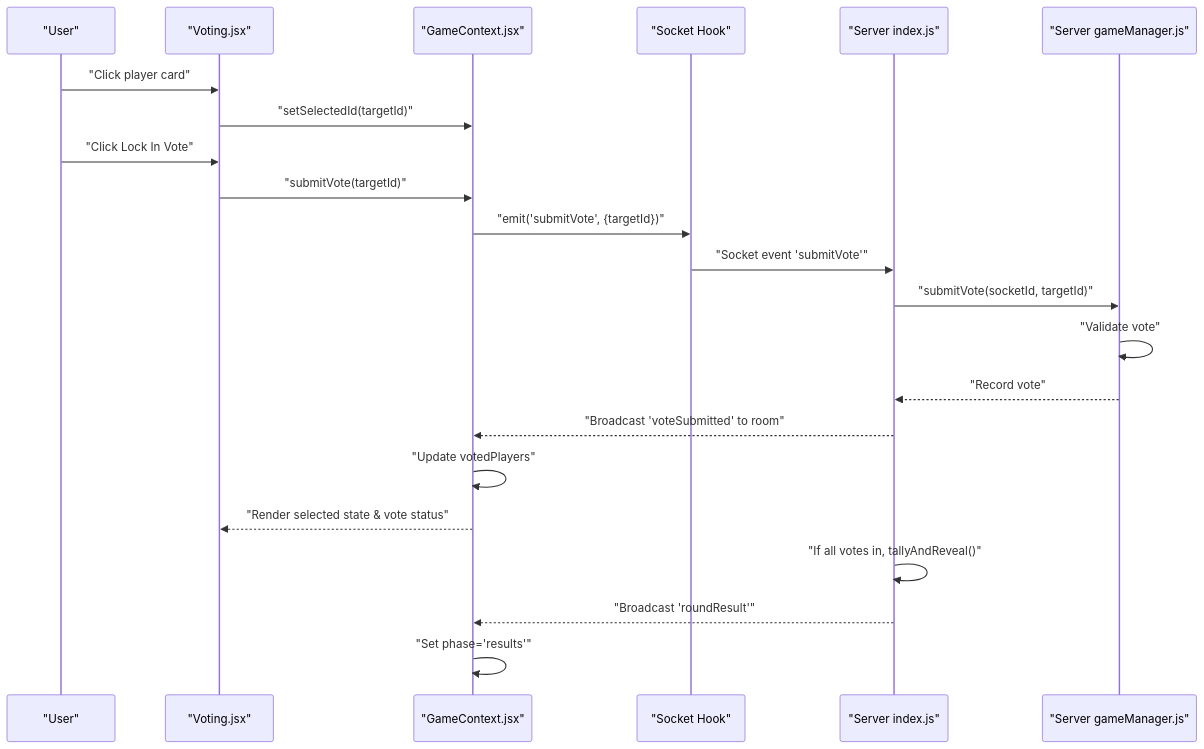
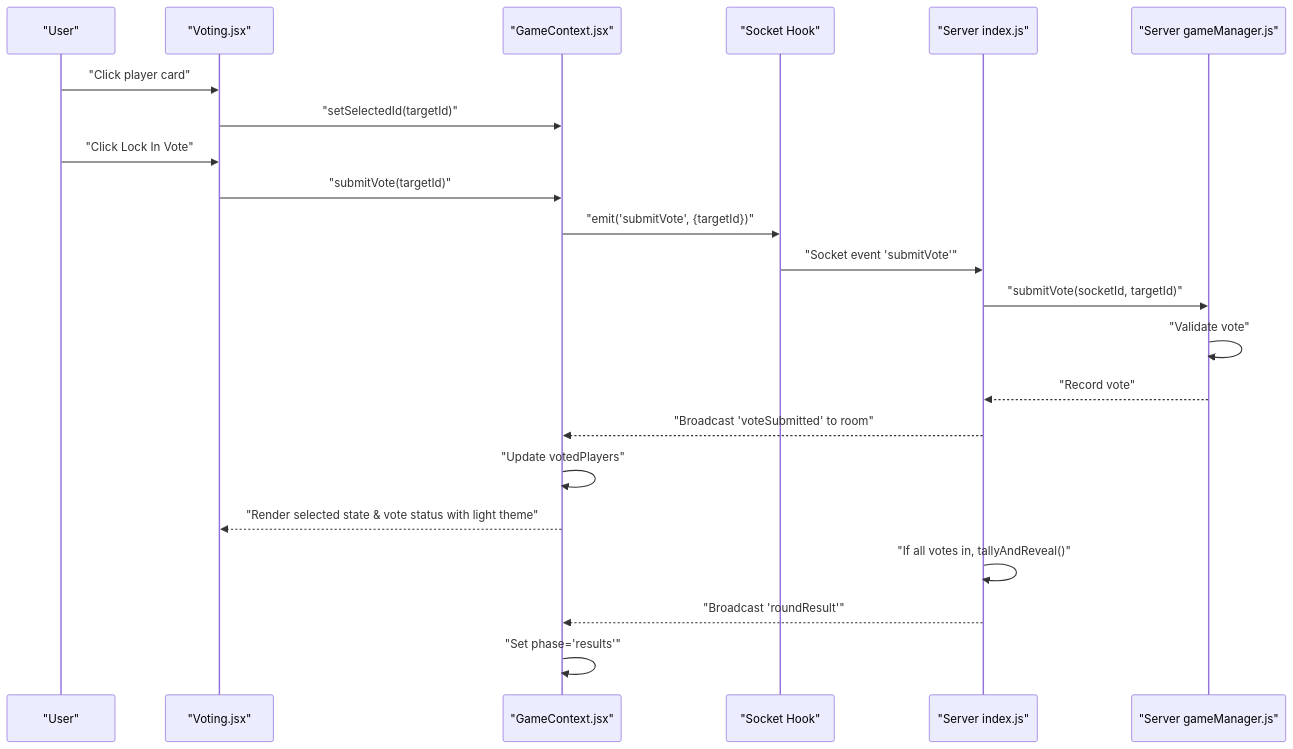
Before and after one commit to sparshgupta001/imposter_game: the second of 3 diagrams in .qoder/repowiki/en/content/Game Screens and UI Components/Voting Screen.md, drawn with Mermaid. The commit also changed other lines of this file and 22 other files, not shown here.

````diff
--- a/.qoder/repowiki/en/content/Game Screens and UI Components/Voting Screen.md
+++ b/.qoder/repowiki/en/content/Game Screens and UI Components/Voting Screen.md
@@ -100,24 +108,24 @@
 ```mermaid
 sequenceDiagram
 participant U as "User"
 participant VC as "Voting.jsx"
 participant GC as "GameContext.jsx"
 participant S as "Socket Hook"
 participant SV as "Server index.js"
 participant GM as "Server gameManager.js"
 U->>VC : "Click player card"
 VC->>GC : "setSelectedId(targetId)"
 U->>VC : "Click Lock In Vote"
 VC->>GC : "submitVote(targetId)"
 GC->>S : "emit('submitVote', {targetId})"
 S->>SV : "Socket event 'submitVote'"
 SV->>GM : "submitVote(socketId, targetId)"
 GM->>GM : "Validate vote"
 GM-->>SV : "Record vote"
 SV-->>GC : "Broadcast 'voteSubmitted' to room"
 GC->>GC : "Update votedPlayers"
-GC-->>VC : "Render selected state & vote status"
+GC-->>VC : "Render selected state & vote status with light theme"
 SV->>SV : "If all votes in, tallyAndReveal()"
 SV-->>GC : "Broadcast 'roundResult'"
 GC->>GC : "Set phase='results'"
 ```
````
